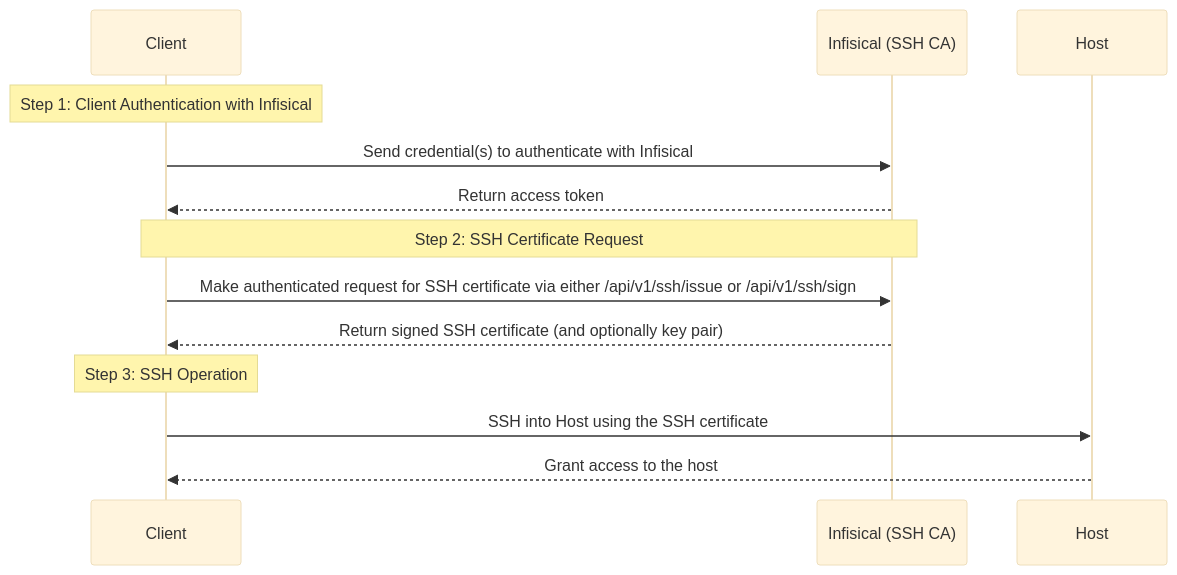
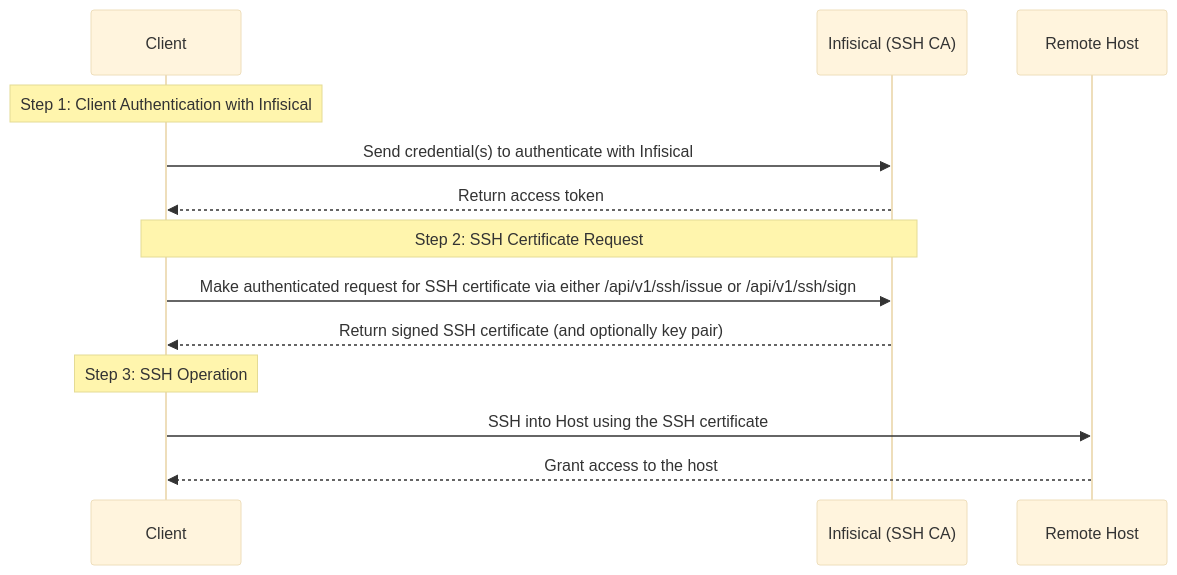
Before and after one commit to Infisical/infisical: the second of 2 diagrams in docs/documentation/platform/ssh.mdx, drawn with Mermaid (base theme). The commit also changed other lines of this file and 7 other files, not shown here.

````diff
--- a/docs/documentation/platform/ssh.mdx
+++ b/docs/documentation/platform/ssh.mdx
@@ -14,21 +44,21 @@
 ```mermaid
 sequenceDiagram
   participant Client as Client
   participant Infisical as Infisical (SSH CA)
-  participant Host as Host
+  participant Host as Remote Host
 
   Note over Client,Client: Step 1: Client Authentication with Infisical
   Client->>Infisical: Send credential(s) to authenticate with Infisical
 
   Infisical-->>Client: Return access token
 
   Note over Client,Infisical: Step 2: SSH Certificate Request
   Client->>Infisical: Make authenticated request for SSH certificate via either /api/v1/ssh/issue or /api/v1/ssh/sign
 
   Infisical-->>Client: Return signed SSH certificate (and optionally key pair)
 
   Note over Client,Client: Step 3: SSH Operation
   Client->>Host: SSH into Host using the SSH certificate
 
   Host-->>Client: Grant access to the host
 ```
````
